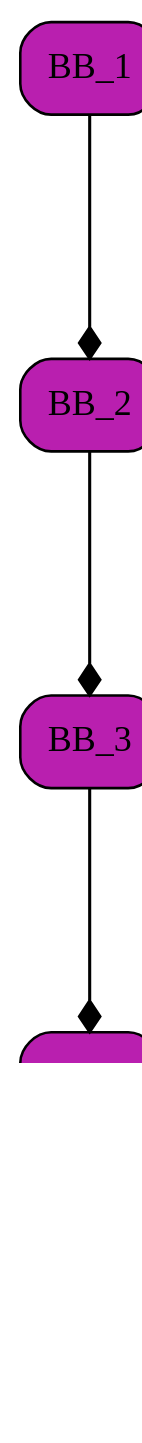
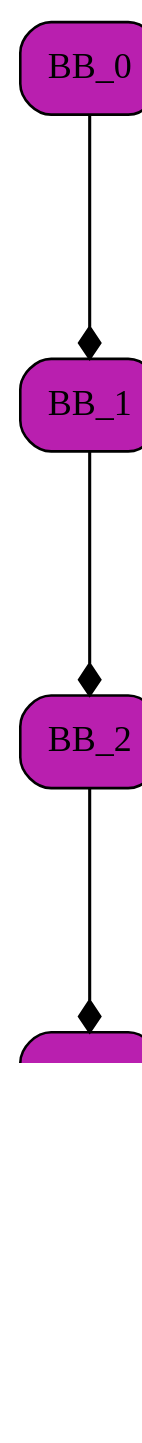
Before and after one commit to VictorBerbenets/dominance-frontiers: the diagram in data/images/simple-graph.dot, drawn with Graphviz. The commit also changed 15 other files, not shown here.

```diff
--- a/data/images/simple-graph.dot
+++ b/data/images/simple-graph.dot
@@ -1,17 +1,17 @@
 digraph List {
 	dpi = 100;
 	fontname = "Comic Sans MS";
 	fontsize = 20;
 	rankdir  = TB;
 graph [fillcolor = lightgreen, ranksep = 1.3, nodesep = 0.5,style = "rounded", color = green, penwidth = 2];
 edge [color = black, arrowhead = diamond, arrowsize = 1, penwidth = 1.2];
+BB_0[shape = Mrecord, style = filled,fillcolor = "#B91FAF"];
+BB_0 -> BB_1;
 BB_1[shape = Mrecord, style = filled,fillcolor = "#B91FAF"];
 BB_1 -> BB_2;
 BB_2[shape = Mrecord, style = filled,fillcolor = "#B91FAF"];
 BB_2 -> BB_3;
 BB_3[shape = Mrecord, style = filled,fillcolor = "#B91FAF"];
 BB_3 -> BB_4;
 BB_4[shape = Mrecord, style = filled,fillcolor = "#B91FAF"];
-BB_4 -> BB_5;
-BB_5[shape = Mrecord, style = filled,fillcolor = "#B91FAF"];
 }
```
